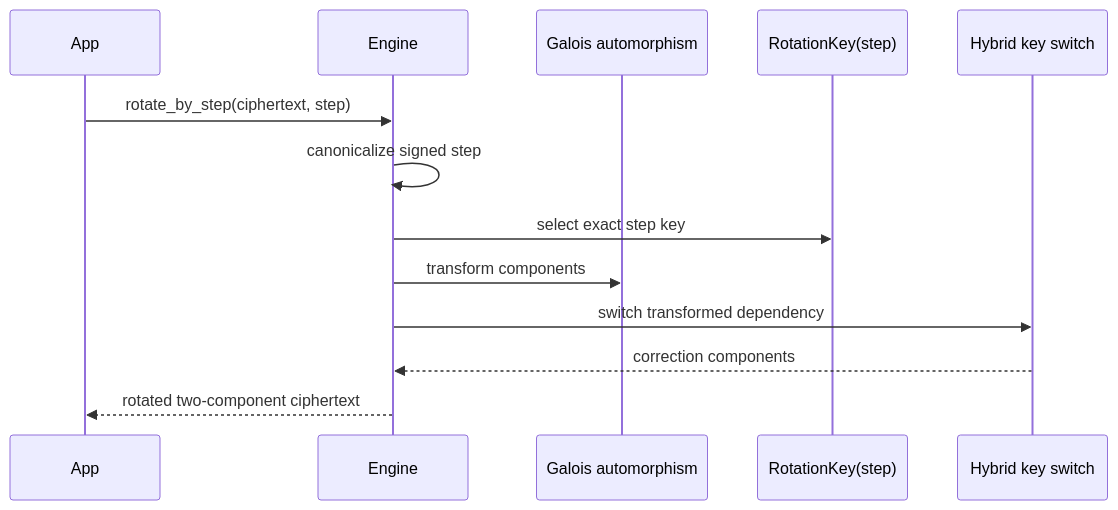
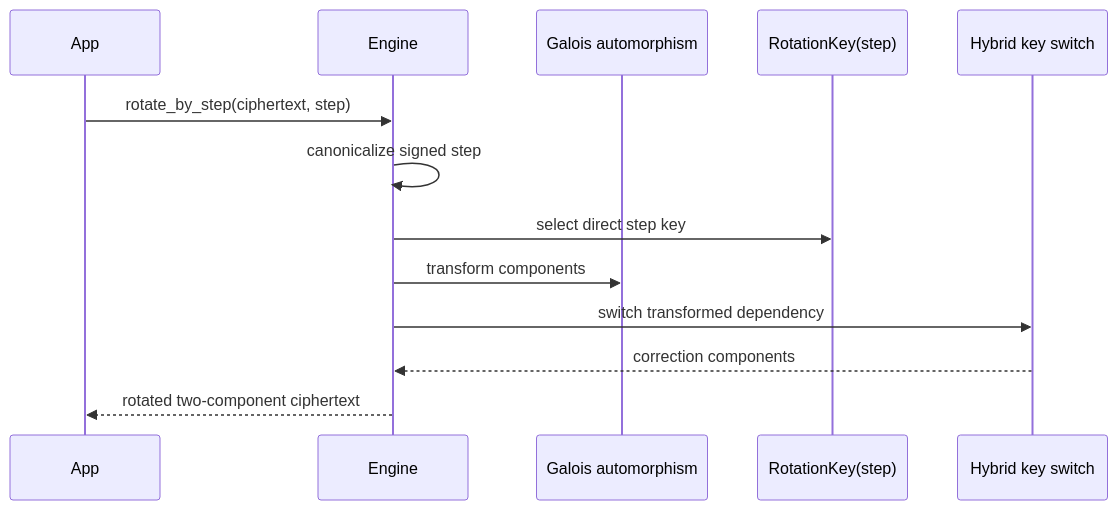
Before and after one commit to visualDust/fhelium: the fifth of 5 diagrams in docs/concepts/ckks/evaluator-operation-transitions.md, drawn with Mermaid. The commit also changed other lines of this file and 222 other files, not shown here.

````diff
--- a/docs/concepts/ckks/evaluator-operation-transitions.md
+++ b/docs/concepts/ckks/evaluator-operation-transitions.md
@@ -162,16 +162,16 @@
 ```mermaid
 sequenceDiagram
     participant App
     participant Engine
     participant Auto as Galois automorphism
     participant Key as RotationKey(step)
     participant KS as Hybrid key switch
 
     App->>Engine: rotate_by_step(ciphertext, step)
     Engine->>Engine: canonicalize signed step
-    Engine->>Key: select exact step key
+    Engine->>Key: select direct step key
     Engine->>Auto: transform components
     Engine->>KS: switch transformed dependency
     KS-->>Engine: correction components
     Engine-->>App: rotated two-component ciphertext
 ```
````
